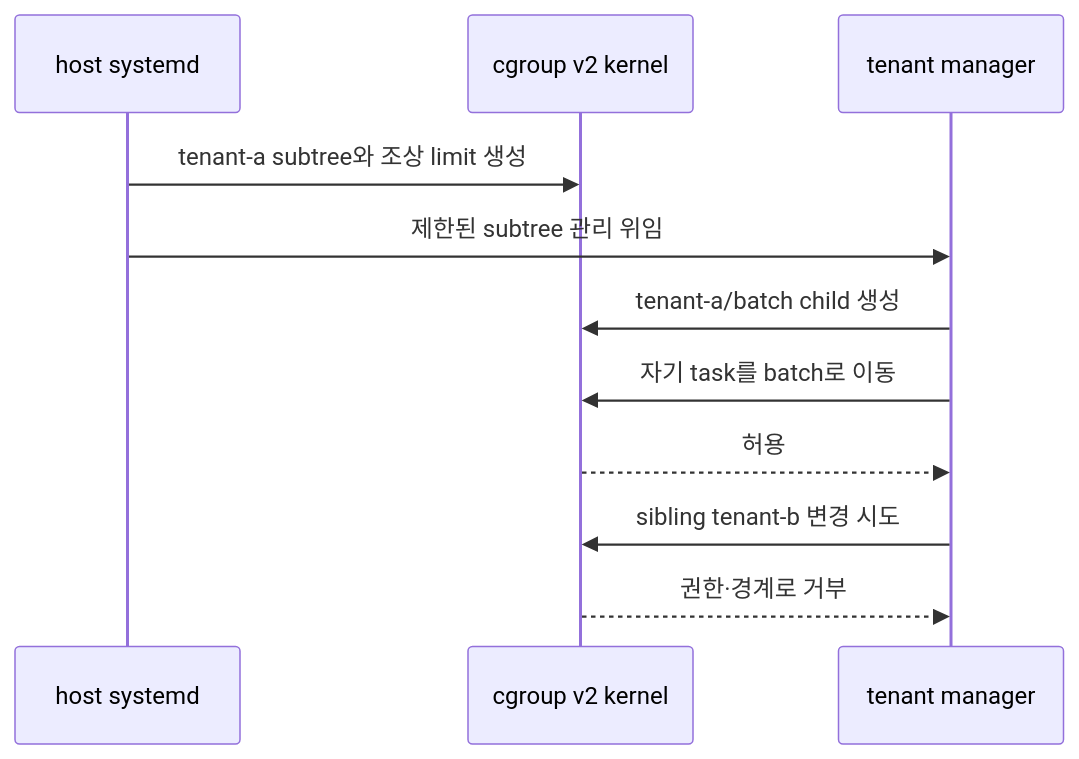
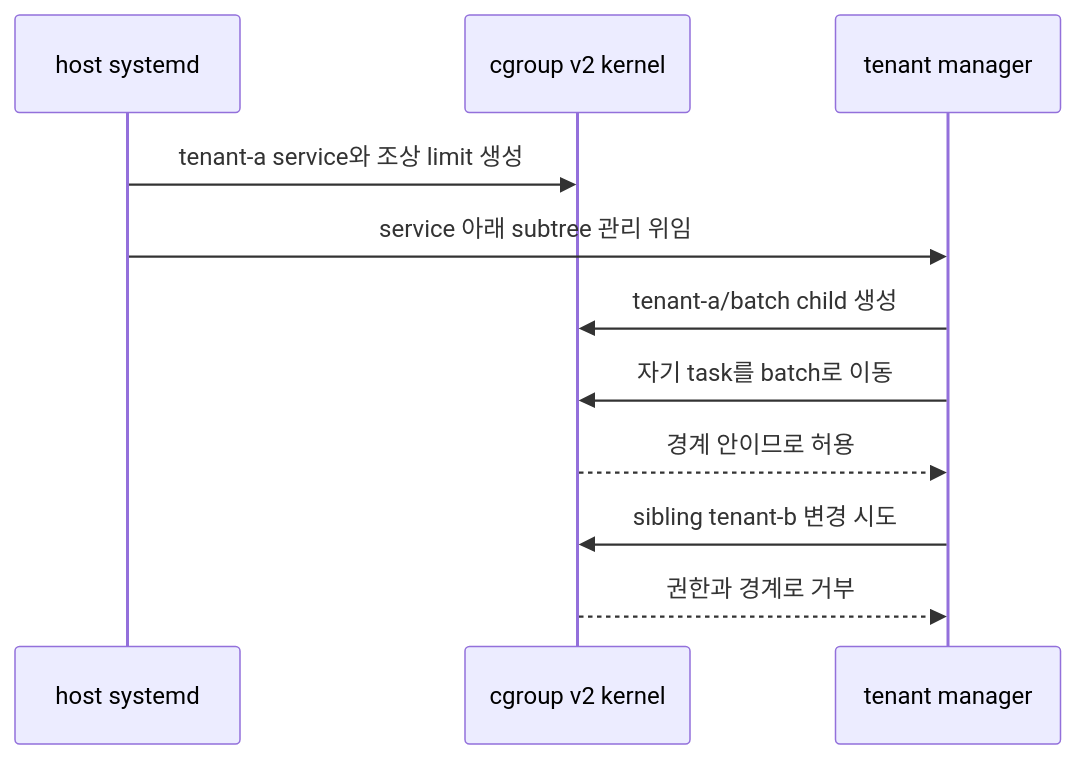
The second of 2 diagrams in learning/ubuntu-linux-internals/05-cgroup-v2-hierarchy-and-delegation.md (mj006648/netai-devsecops-runbook), drawn with Mermaid before and after one commit. The commit also changed other lines of this file and 62 other files, not shown here.

````diff
--- a/learning/ubuntu-linux-internals/05-cgroup-v2-hierarchy-and-delegation.md
+++ b/learning/ubuntu-linux-internals/05-cgroup-v2-hierarchy-and-delegation.md
@@ -83,13 +234,13 @@
-```mermaid
+~~~mermaid
 sequenceDiagram
     participant H as host systemd
     participant K as cgroup v2 kernel
     participant T as tenant manager
-    H->>K: tenant-a subtree와 조상 limit 생성
-    H->>T: 제한된 subtree 관리 위임
+    H->>K: tenant-a service와 조상 limit 생성
+    H->>T: service 아래 subtree 관리 위임
     T->>K: tenant-a/batch child 생성
     T->>K: 자기 task를 batch로 이동
-    K-->>T: 허용
+    K-->>T: 경계 안이므로 허용
     T->>K: sibling tenant-b 변경 시도
-    K-->>T: 권한·경계로 거부
-```
+    K-->>T: 권한과 경계로 거부
+~~~
````
